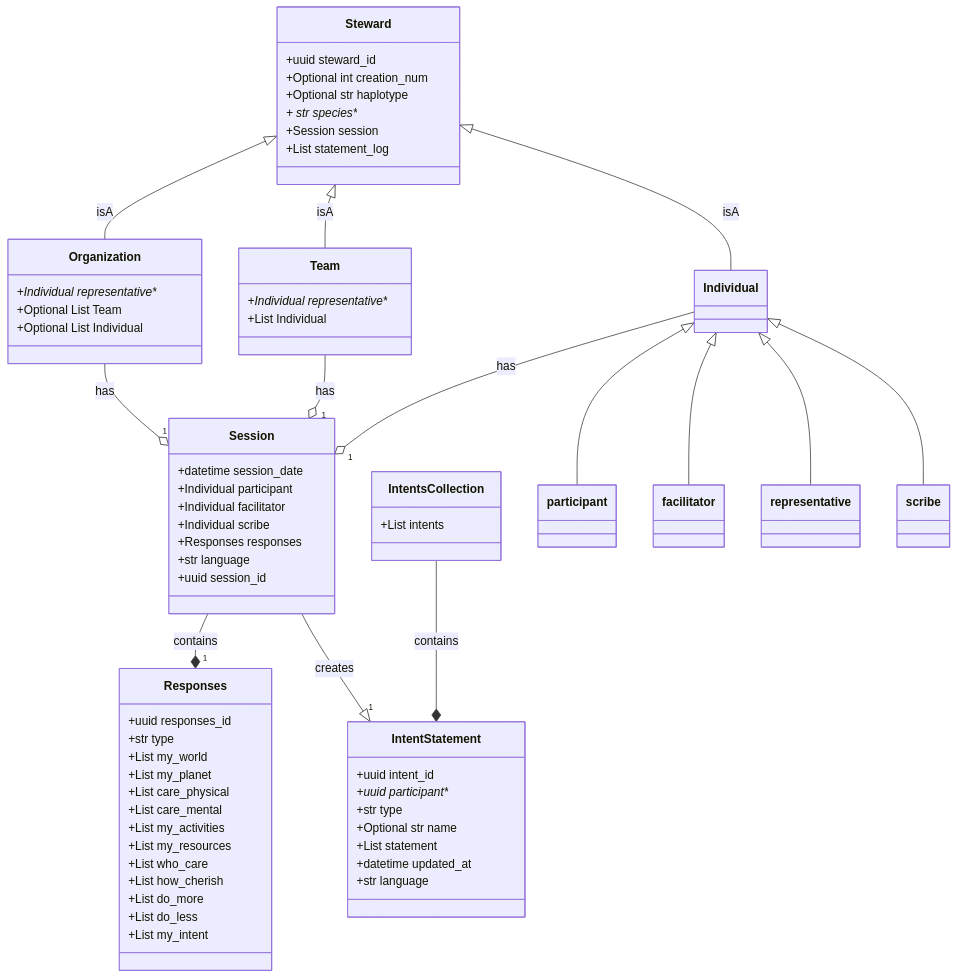
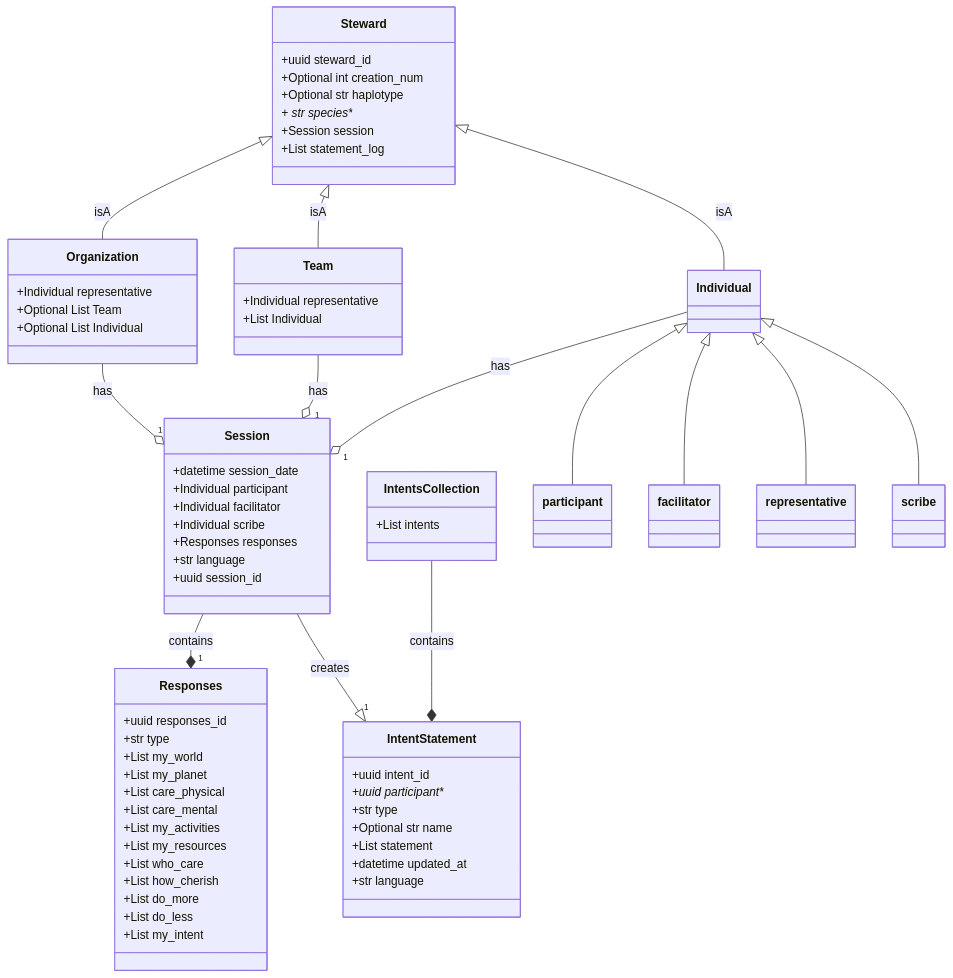
One commit to drew-wks/intent-for-the-planet changed the diagram in docs/data_models_diagram.md. Above: the diagram before and after it, drawn with Mermaid.

````diff
--- a/docs/data_models_diagram.md
+++ b/docs/data_models_diagram.md
@@ -5,72 +5,72 @@
 ```mermaid
 classDiagram
     class Steward {
         +uuid steward_id
         +Optional int creation_num
         +Optional str haplotype
         + str species**
         +Session session
         +List statement_log
     }
     class Individual {
     }
     class Team {
-        +Individual representative**
+        +Individual representative
         +List Individual
     }
     class Organization {
-        +Individual representative**
+        +Individual representative
         +Optional List Team
         +Optional List Individual
     }
     class Session {
         +datetime session_date
         +Individual participant
         +Individual facilitator
         +Individual scribe
         +Responses responses
         +str language
         +uuid session_id
     }
     class Responses {
         +uuid responses_id
         +str type
         +List my_world
         +List my_planet
         +List care_physical
         +List care_mental
         +List my_activities
         +List my_resources
         +List who_care
         +List how_cherish
         +List do_more
         +List do_less
         +List my_intent
     }
     class IntentStatement {
         +uuid intent_id
         +uuid participant**
         +str type
         +Optional str name
         +List statement
         +datetime updated_at
         +str language
     }
     class IntentsCollection {
         +List intents
     }
     IntentsCollection --* IntentStatement : contains
     Session --* "1" Responses : contains
     Steward <|-- Individual : isA
     Steward <|-- Team : isA
     Steward <|-- Organization : isA
     Session--|> "1" IntentStatement : creates
     Individual --o "1" Session : has
     Individual <|-- participant
     Individual <|-- facilitator
     Individual <|-- representative
     Individual <|-- scribe
     Team --o "1" Session : has
     Organization --o "1" Session : has
 
 ```
````
